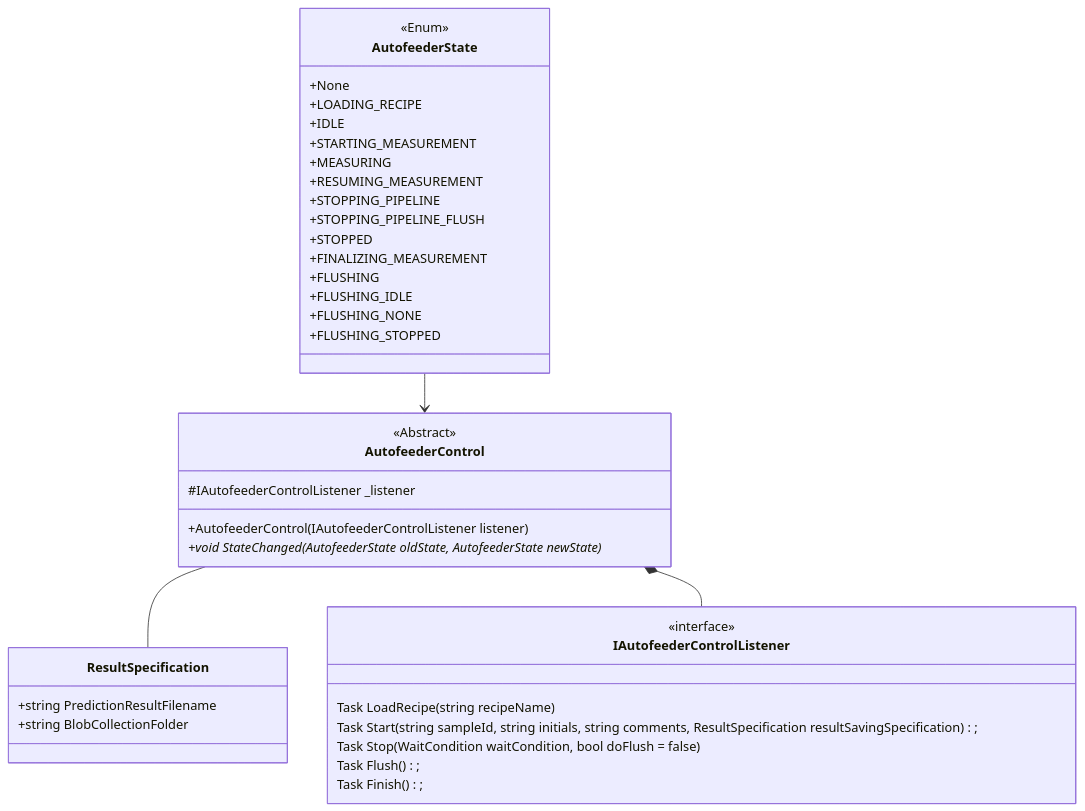
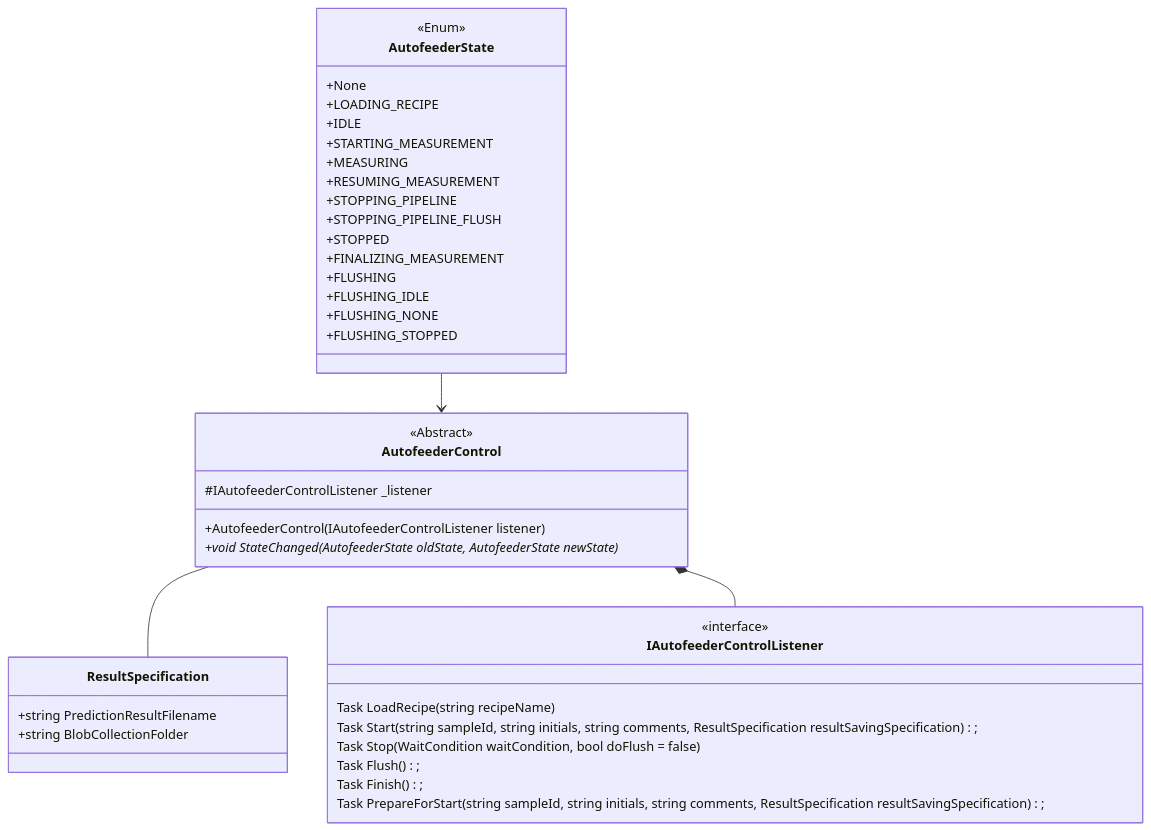
Before and after one commit to Videometer/VM.Lab.Interfaces.BlobAnalyzer: the second of 2 diagrams in README.md, drawn with Mermaid. The commit also changed other lines of this file and 1 other file, not shown here.

Commit message:
Updated interface with PrepareForStart method, readme updated

````diff
--- a/README.md
+++ b/README.md
@@ -69,45 +69,46 @@
 ```mermaid
 classDiagram
     
 class IAutofeederControlListener {
     <<interface>>
     Task LoadRecipe(string recipeName)
     Task Start(string sampleId, string initials, string comments, ResultSpecification resultSavingSpecification);
     Task Stop(WaitCondition waitCondition, bool doFlush = false)
     Task Flush();
     Task Finish();
+    Task PrepareForStart(string sampleId, string initials, string comments, ResultSpecification resultSavingSpecification);
 }
 
 AutofeederControl -- ResultSpecification
 class ResultSpecification {
   +string PredictionResultFilename
   +string BlobCollectionFolder
 }
 
 class AutofeederControl {
     <<Abstract>>
 	#IAutofeederControlListener _listener
     +AutofeederControl(IAutofeederControlListener listener)
     +void StateChanged(AutofeederState oldState, AutofeederState newState)*
 }
 AutofeederControl *-- IAutofeederControlListener
 AutofeederState --> AutofeederControl
 class AutofeederState {
     <<Enum>>
       +None
       +LOADING_RECIPE
       +IDLE
       +STARTING_MEASUREMENT
       +MEASURING
       +RESUMING_MEASUREMENT
       +STOPPING_PIPELINE
       +STOPPING_PIPELINE_FLUSH
       +STOPPED
       +FINALIZING_MEASUREMENT
       +FLUSHING
       +FLUSHING_IDLE
       +FLUSHING_NONE
       +FLUSHING_STOPPED
 }
 
 ```
````
